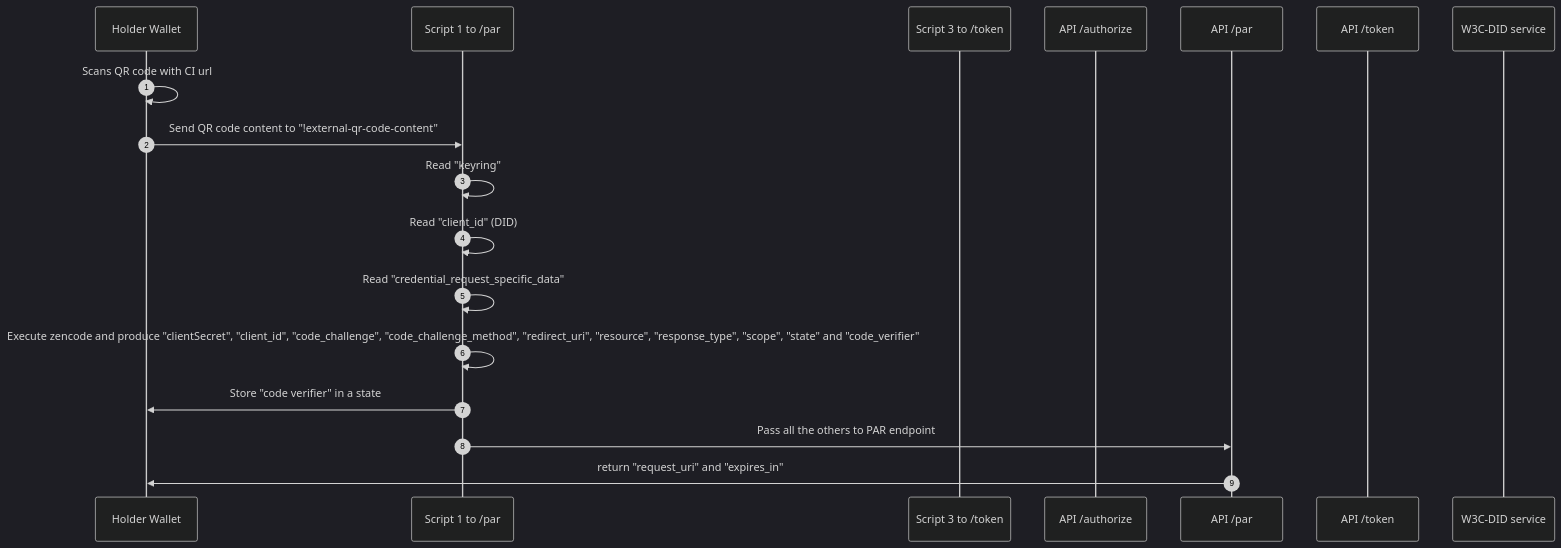
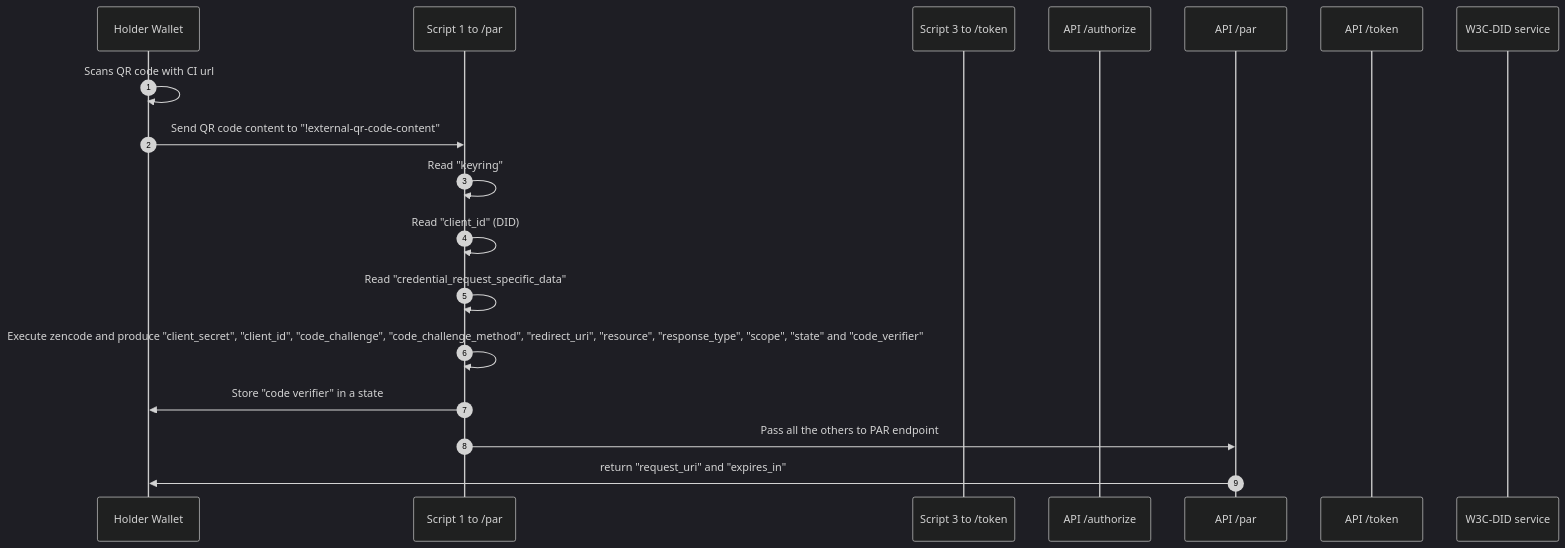
The first of 4 diagrams in wallet/auth-flow.md (ForkbombEu/mobile_zencode), drawn with Mermaid (dark theme) before and after one commit. The commit also changed 2 other files, not shown here.

Commit message:
fix(wallet): rename clientSecret to client_secret

````diff
--- a/wallet/auth-flow.md
+++ b/wallet/auth-flow.md
@@ -3,24 +3,24 @@
 ```mermaid 
 sequenceDiagram 
 autonumber
   participant H as Holder Wallet
   participant S1 as Script 1 to /par
   participant S3 as Script 3 to /token
   participant A as API /authorize
   participant P as API /par
   participant T as API /token
   participant DID as W3C-DID service
   
   H->>H: Scans QR code with CI url  
   H->>S1: Send QR code content to "!external-qr-code-content"
   S1->>S1: Read "keyring"
   S1->>S1: Read "client_id" (DID)
   S1->>S1: Read "credential_request_specific_data" 
 
-  S1->>S1: Execute zencode and produce "clientSecret", "client_id", "code_challenge", "code_challenge_method", "redirect_uri", "resource", "response_type", "scope", "state" and "code_verifier"
+  S1->>S1: Execute zencode and produce "client_secret", "client_id", "code_challenge", "code_challenge_method", "redirect_uri", "resource", "response_type", "scope", "state" and "code_verifier"
   S1->>H: Store "code verifier" in a state
   S1->>P: Pass all the others to PAR endpoint
   P->>H: return "request_uri" and "expires_in" 
 
 
 ```
````
